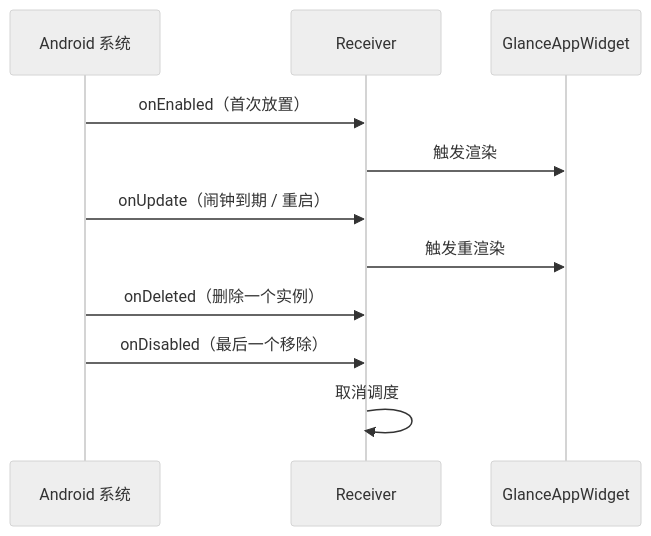
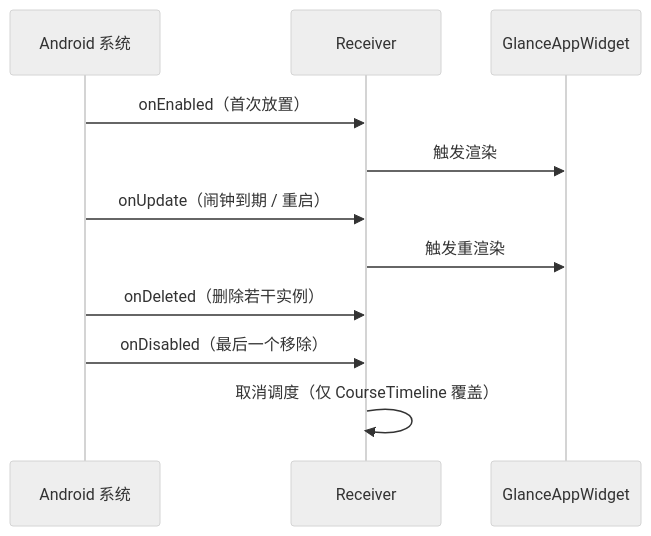
Before and after one commit to YourTongji/YourTJ-Doc: the diagram in development/mobile/widgets/receivers.md, drawn with Mermaid (neutral theme). The commit also changed other lines of this file and 1 other file, not shown here.

Commit message:
docs: 按 PR 审查修正测试组数与 receiver 细节表述

````diff
--- a/development/mobile/widgets/receivers.md
+++ b/development/mobile/widgets/receivers.md
@@ -16,13 +16,13 @@
 ```mermaid
 sequenceDiagram
   participant S as Android 系统
   participant R as Receiver
   participant W as GlanceAppWidget
   S->>R: onEnabled（首次放置）
   R->>W: 触发渲染
   S->>R: onUpdate（闹钟到期 / 重启）
   R->>W: 触发重渲染
-  S->>R: onDeleted（删除一个实例）
+  S->>R: onDeleted（删除若干实例）
   S->>R: onDisabled（最后一个移除）
-  R->>R: 取消调度
+  R->>R: 取消调度（仅 CourseTimeline 覆盖）
 ```
````
